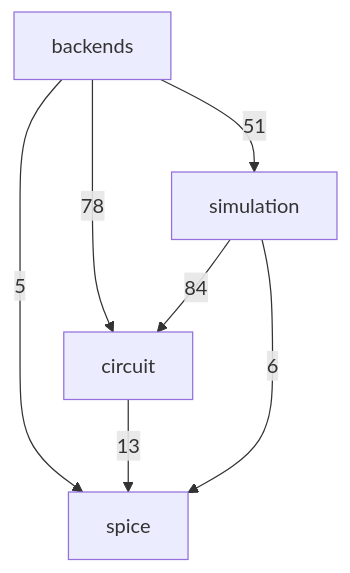
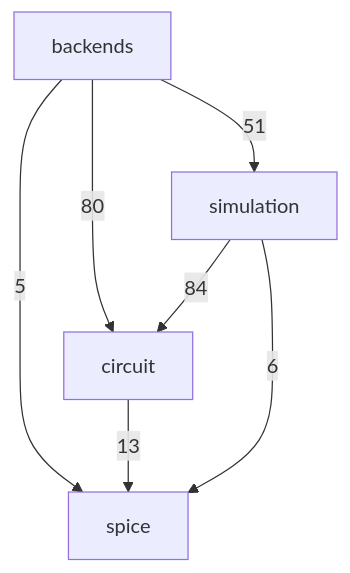
Before and after one commit to ronnymilleo/imcsim: the second of 3 diagrams in docs/architecture.md, drawn with Mermaid. The commit also changed other lines of this file and 5 other files, not shown here.

````diff
--- a/docs/architecture.md
+++ b/docs/architecture.md
@@ -33,13 +33,13 @@
 ```mermaid
 flowchart TD
     app_core_spice[spice]
     app_core_circuit[circuit]
     app_core_simulation[simulation]
     app_core_backends[backends]
-    app_core_backends -->|78| app_core_circuit
+    app_core_backends -->|80| app_core_circuit
     app_core_backends -->|51| app_core_simulation
     app_core_backends -->|5| app_core_spice
     app_core_circuit -->|13| app_core_spice
     app_core_simulation -->|84| app_core_circuit
     app_core_simulation -->|6| app_core_spice
 ```
````
